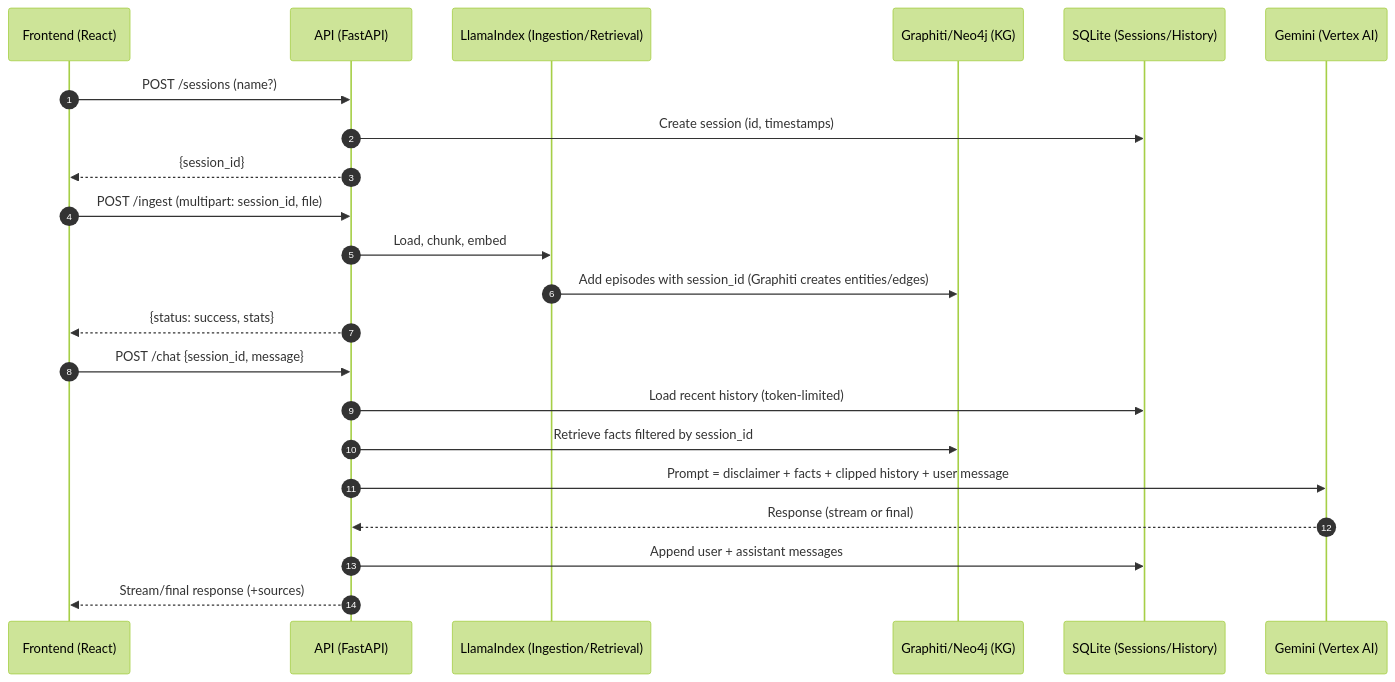
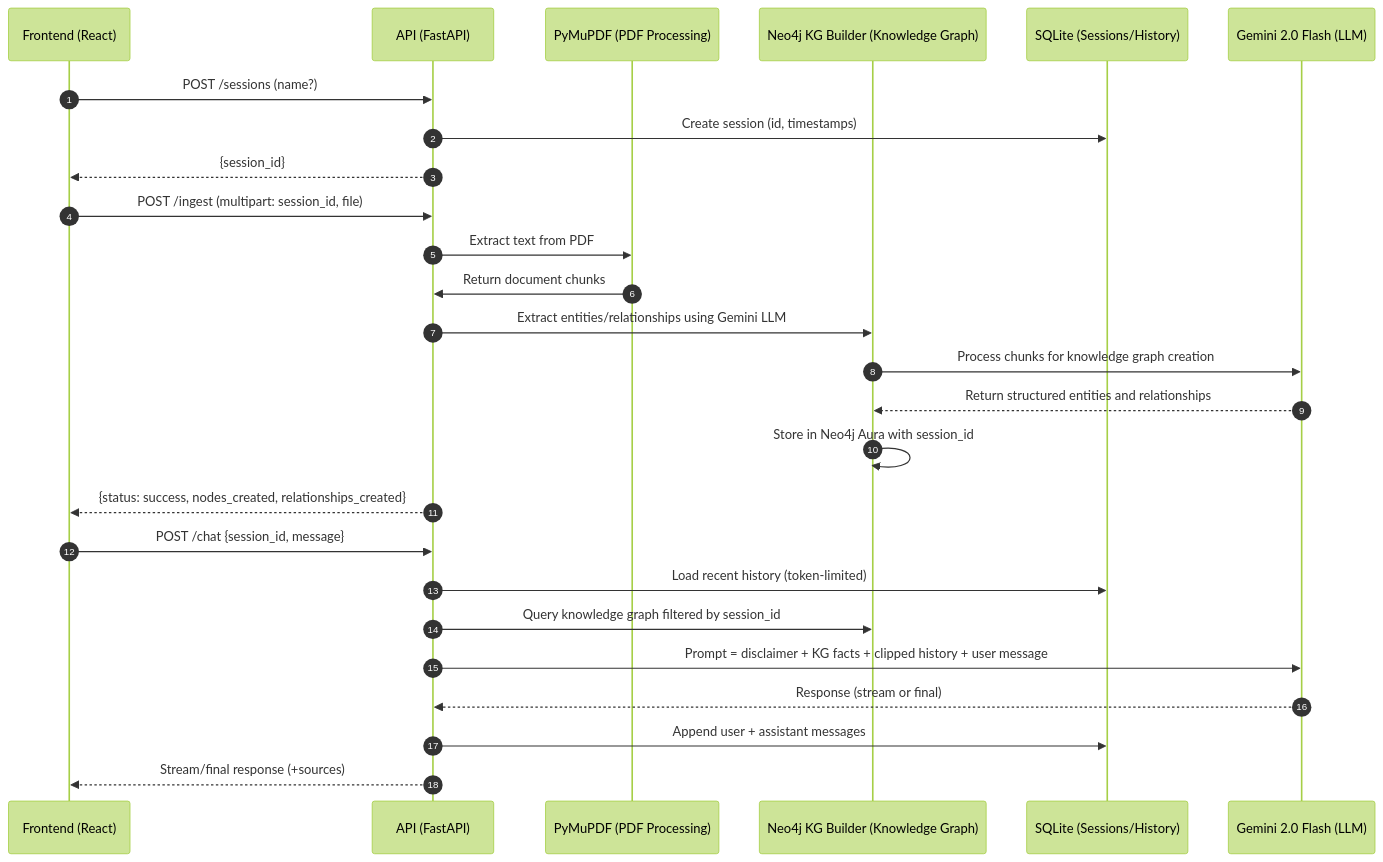
The first of 5 diagrams in Documentation/LEGAL_CHATBOT_MVP_PLAN.md (mohamed-rabee3/Avokat-AI), drawn with Mermaid (forest theme) before and after one commit. The commit also changed other lines of this file and 73 other files, not shown here.

````diff
--- a/Documentation/LEGAL_CHATBOT_MVP_PLAN.md
+++ b/Documentation/LEGAL_CHATBOT_MVP_PLAN.md
@@ -23,27 +23,31 @@
 ```mermaid
 sequenceDiagram
     autonumber
     participant F as Frontend (React)
     participant A as API (FastAPI)
-    participant LI as LlamaIndex (Ingestion/Retrieval)
-    participant G as Graphiti/Neo4j (KG)
+    participant PDF as PyMuPDF (PDF Processing)
+    participant KG as Neo4j KG Builder (Knowledge Graph)
     participant DB as SQLite (Sessions/History)
-    participant LLM as Gemini (Vertex AI)
+    participant LLM as Gemini 2.0 Flash (LLM)
 
     F->>A: POST /sessions (name?)
     A->>DB: Create session (id, timestamps)
     A-->>F: {session_id}
 
     F->>A: POST /ingest (multipart: session_id, file)
-    A->>LI: Load, chunk, embed
-    LI->>G: Add episodes with session_id (Graphiti creates entities/edges)
-    A-->>F: {status: success, stats}
+    A->>PDF: Extract text from PDF
+    PDF->>A: Return document chunks
+    A->>KG: Extract entities/relationships using Gemini LLM
+    KG->>LLM: Process chunks for knowledge graph creation
+    LLM-->>KG: Return structured entities and relationships
+    KG->>KG: Store in Neo4j Aura with session_id
+    A-->>F: {status: success, nodes_created, relationships_created}
 
     F->>A: POST /chat {session_id, message}
     A->>DB: Load recent history (token-limited)
-    A->>G: Retrieve facts filtered by session_id
-    A->>LLM: Prompt = disclaimer + facts + clipped history + user message
+    A->>KG: Query knowledge graph filtered by session_id
+    A->>LLM: Prompt = disclaimer + KG facts + clipped history + user message
     LLM-->>A: Response (stream or final)
     A->>DB: Append user + assistant messages
     A-->>F: Stream/final response (+sources)
 ```
````
